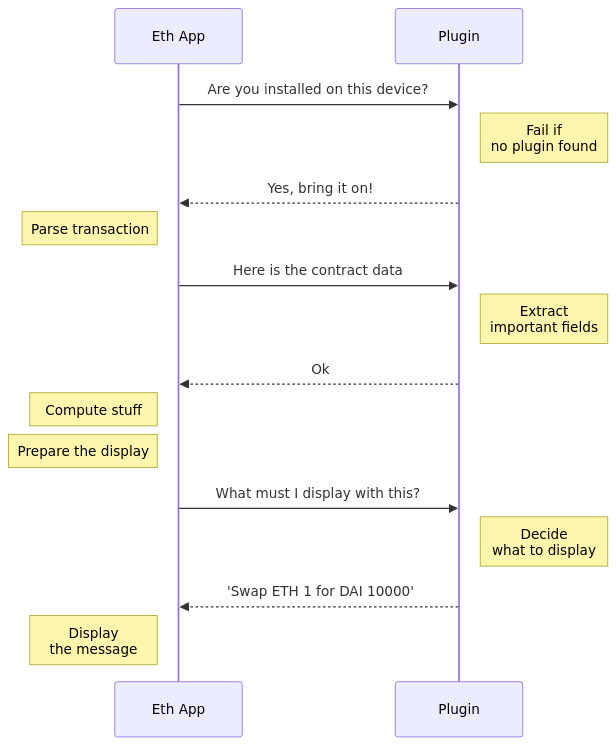
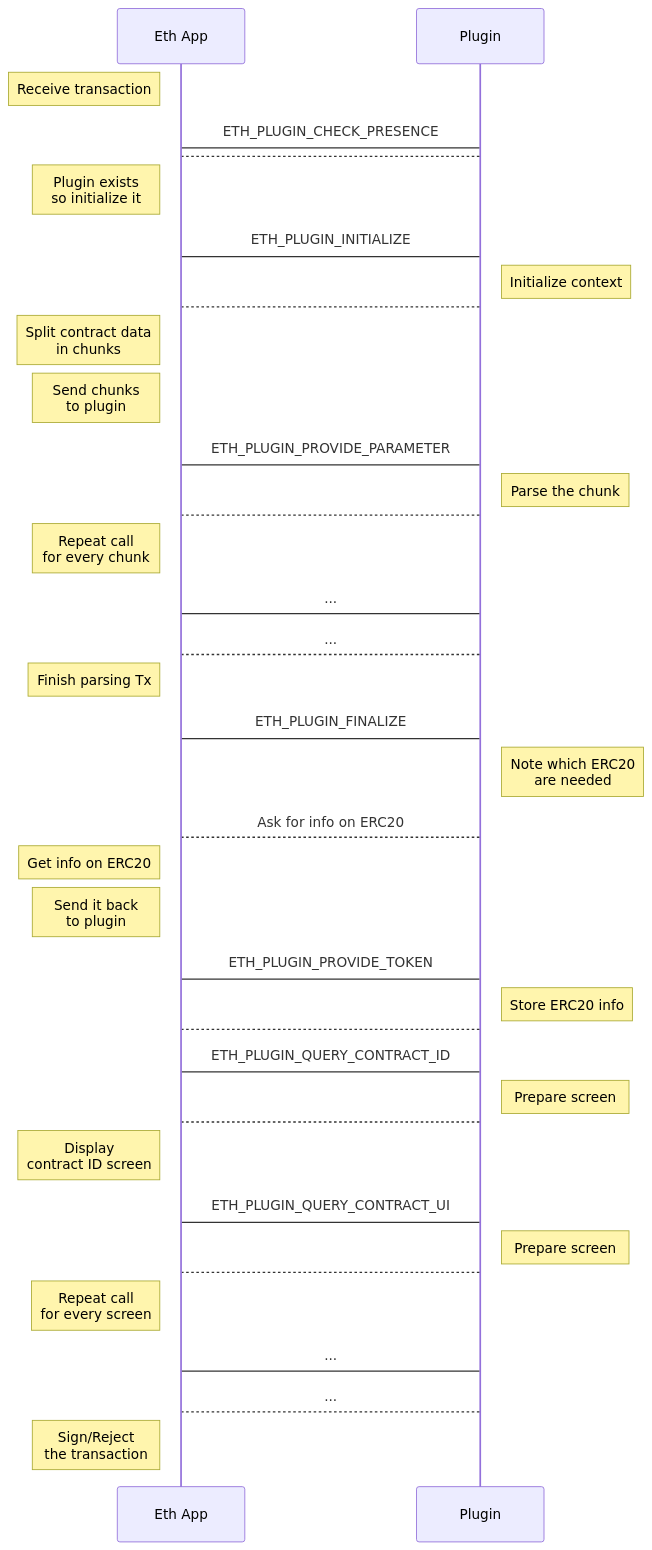
One commit to LedgerHQ/developer-portal changed the diagram in pages/docs/embedded-app/how-to-develop/tutorials/plugin.mdx. Above: the diagram before and after it, drawn with Mermaid. The commit also changed other lines of this file and 22 other files, not shown here.

Commit message:
[fix] Architecture: broken links, chapter namings, move paragraph where it seems more suitable

````diff
--- a/pages/docs/embedded-app/how-to-develop/tutorials/plugin.mdx
+++ b/pages/docs/embedded-app/how-to-develop/tutorials/plugin.mdx
@@ -50,16 +50,38 @@
 ```mermaid
-    sequenceDiagram
-    Eth App ->> Plugin: Are you installed on this device?
-    Note right of Plugin: Fail if<br>no plugin found
-    Plugin -->> Eth App: Yes, bring it on!
-    Note left of Eth App: Parse transaction
-    Eth App ->> Plugin: Here is the contract data
-    Note right of Plugin: Extract<br>important fields
-    Plugin -->> Eth App: Ok
-    Note left of Eth App: Compute stuff
-    Note left of Eth App: Prepare the display
-    Eth App ->> Plugin: What must I display with this?
-    Note right of Plugin: Decide<br>what to display
-    Plugin -->> Eth App: 'Swap ETH 1 for DAI 10000'
-    Note left of Eth App: Display<br>the message
+sequenceDiagram
+    Note left of Eth App: Receive transaction
+    Eth App -> Plugin: ETH_PLUGIN_CHECK_PRESENCE
+    Plugin --> Eth App:
+    Note left of Eth App: Plugin exists<br>so initialize it
+    Eth App -> Plugin: ETH_PLUGIN_INITIALIZE
+    Note right of Plugin: Initialize context
+    Plugin --> Eth App:
+    Note left of Eth App: Split contract data<br>in chunks
+    Note left of Eth App: Send chunks<br>to plugin
+    Eth App -> Plugin: ETH_PLUGIN_PROVIDE_PARAMETER
+    Note right of Plugin: Parse the chunk
+    Plugin --> Eth App:
+    Note left of Eth App: Repeat call<br>for every chunk
+    Eth App -> Plugin: ...
+    Plugin --> Eth App: ...
+    Note left of Eth App: Finish parsing Tx
+    Eth App -> Plugin: ETH_PLUGIN_FINALIZE
+    Note right of Plugin: Note which ERC20<br>are needed
+    Plugin --> Eth App: Ask for info on ERC20
+    Note left of Eth App: Get info on ERC20
+    Note left of Eth App: Send it back<br>to plugin
+    Eth App -> Plugin: ETH_PLUGIN_PROVIDE_TOKEN
+    Note right of Plugin: Store ERC20 info
+    Plugin --> Eth App:
+    Eth App -> Plugin: ETH_PLUGIN_QUERY_CONTRACT_ID
+    Note right of Plugin: Prepare screen
+    Plugin --> Eth App:
+    Note left of Eth App: Display<br>contract ID screen
+    Eth App -> Plugin: ETH_PLUGIN_QUERY_CONTRACT_UI
+    Note right of Plugin: Prepare screen
+    Plugin --> Eth App:
+    Note left of Eth App: Repeat call<br>for every screen
+    Eth App -> Plugin: ...
+    Plugin --> Eth App: ...
+    Note left of Eth App: Sign/Reject<br>the transaction
 ```
````
